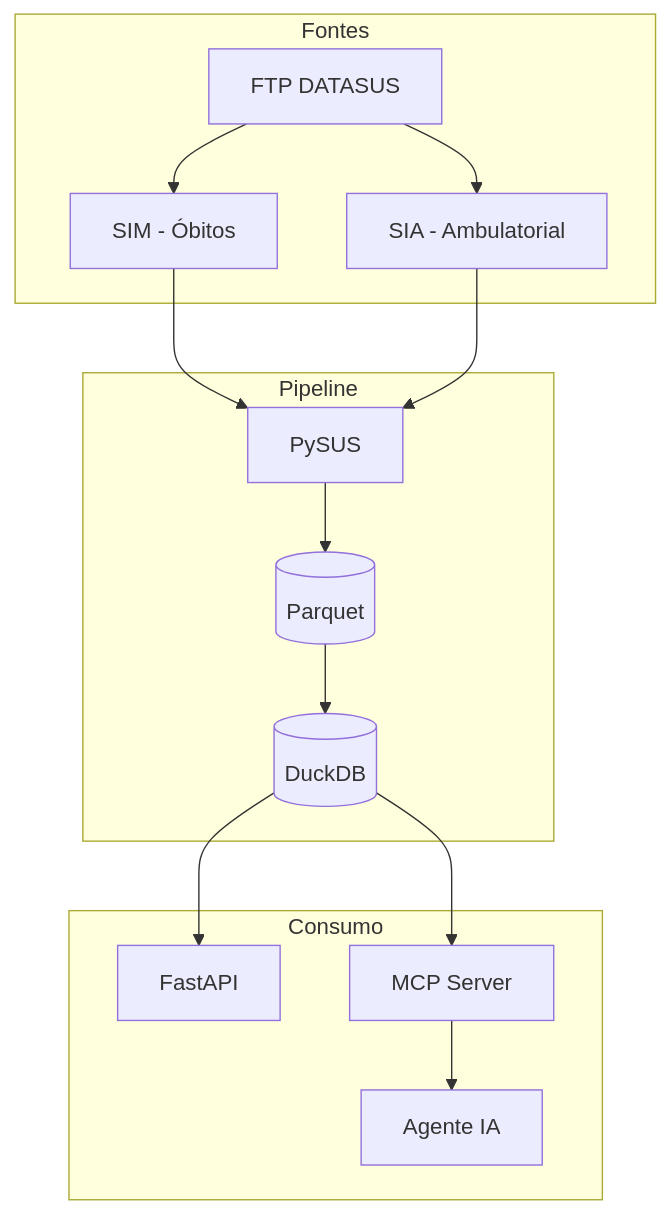
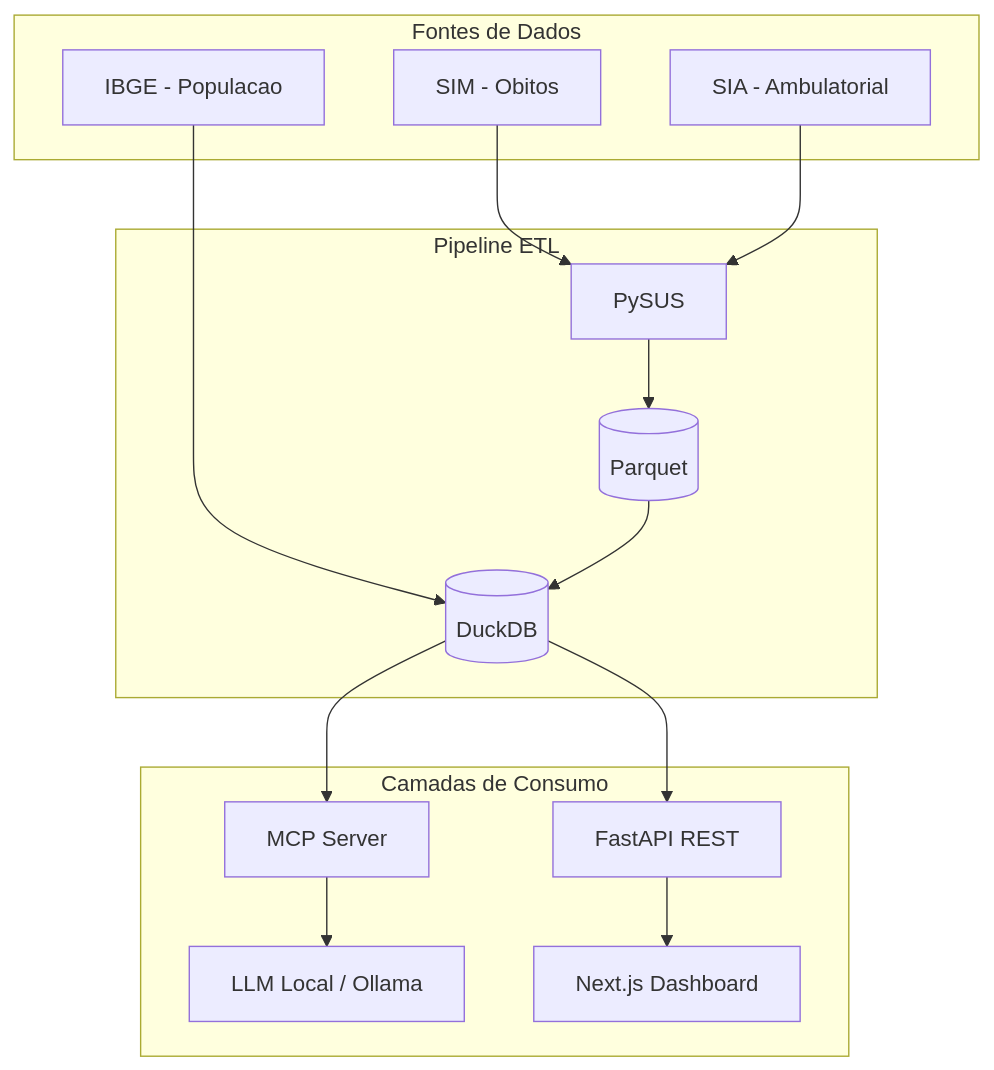
One commit to thallyslemos/tcc-pipeline-transito-sus changed the first of 4 diagrams in ARCHITECTURE.md. Above: the diagram before and after it, drawn with Mermaid. The commit also changed other lines of this file and 9 other files, not shown here.

````diff
--- a/ARCHITECTURE.md
+++ b/ARCHITECTURE.md
@@ -7,30 +7,31 @@
 ```mermaid
 flowchart TB
-    subgraph Fontes[Fontes]
-        FTP[FTP DATASUS]
-        SIM[SIM - Óbitos]
+    subgraph Fontes[Fontes de Dados]
+        SIM[SIM - Obitos]
         SIA[SIA - Ambulatorial]
+        IBGE[IBGE - Populacao]
     end
 
-    subgraph Pipeline[Pipeline]
+    subgraph Pipeline[Pipeline ETL]
         PySUS[PySUS]
         Parquet[(Parquet)]
         DuckDB[(DuckDB)]
     end
 
-    subgraph Consumo[Consumo]
-        FastAPI[FastAPI]
+    subgraph Consumo[Camadas de Consumo]
+        FastAPI[FastAPI REST]
         MCP[MCP Server]
-        LLM[Agente IA]
+        LLM[LLM Local / Ollama]
+        Next[Next.js Dashboard]
     end
 
-    FTP --> SIM
-    FTP --> SIA
     SIM --> PySUS
     SIA --> PySUS
+    IBGE --> DuckDB
     PySUS --> Parquet
     Parquet --> DuckDB
     DuckDB --> FastAPI
     DuckDB --> MCP
     MCP --> LLM
+    FastAPI --> Next
 ```
````
